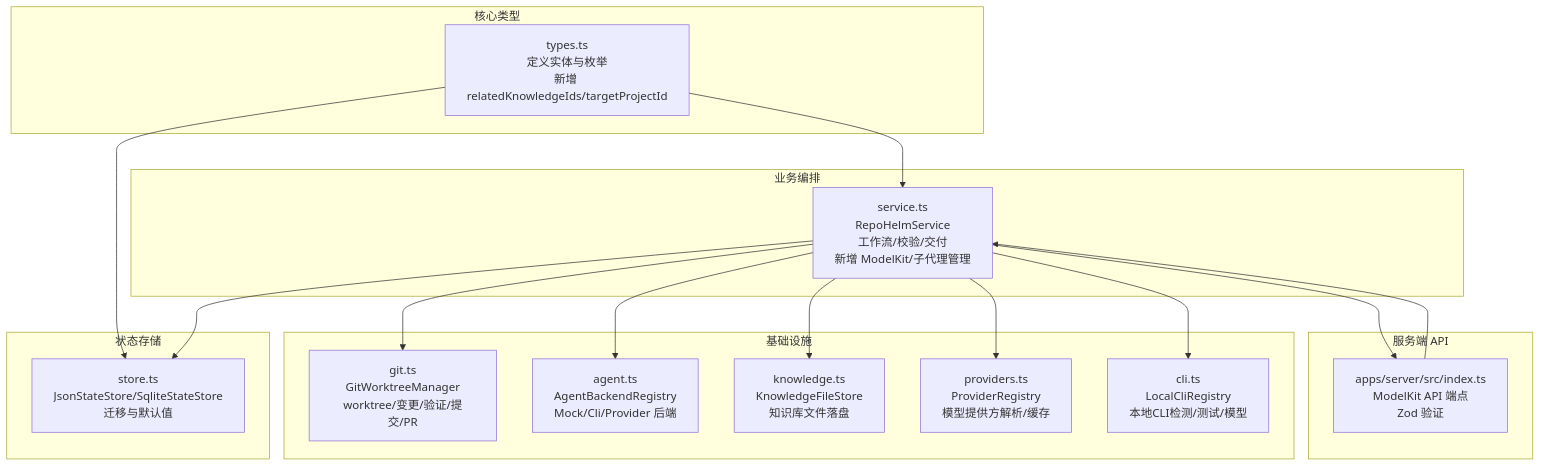
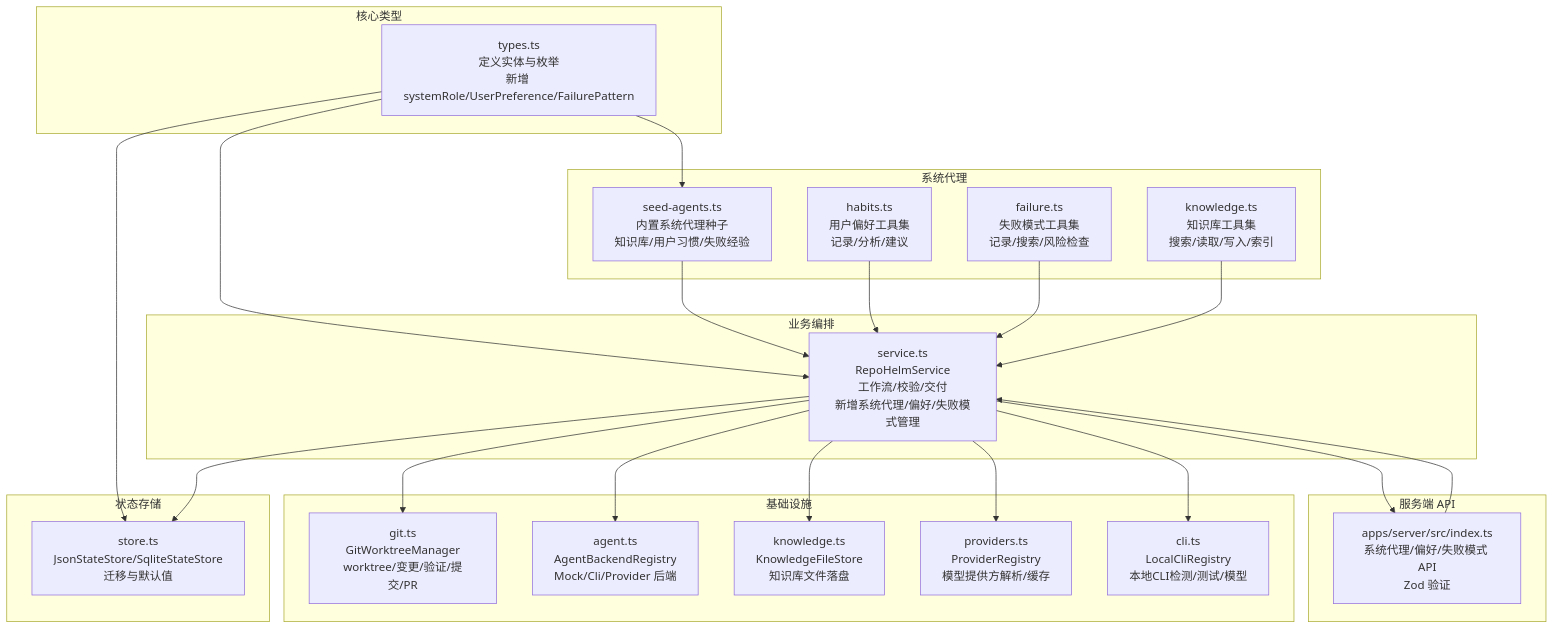
The first of 7 diagrams in .qoder/repowiki/zh/content/数据模型和类型系统/数据模型和类型系统.md (coconilu/RepoHelm), drawn with Mermaid before and after one commit. The commit also changed other lines of this file and 12 other files, not shown here.

First line of the commit message:
Add feature-quality workflow and system agents

````diff
--- a/.qoder/repowiki/zh/content/数据模型和类型系统/数据模型和类型系统.md
+++ b/.qoder/repowiki/zh/content/数据模型和类型系统/数据模型和类型系统.md
@@ -48,32 +58,43 @@
 ```mermaid
 graph TB
 subgraph "核心类型"
-T1["types.ts<br/>定义实体与枚举<br/>新增 relatedKnowledgeIds/targetProjectId"]
+T1["types.ts<br/>定义实体与枚举<br/>新增 systemRole/UserPreference/FailurePattern"]
 end
 subgraph "状态存储"
 S1["store.ts<br/>JsonStateStore/SqliteStateStore<br/>迁移与默认值"]
 end
 subgraph "业务编排"
-B1["service.ts<br/>RepoHelmService<br/>工作流/校验/交付<br/>新增 ModelKit/子代理管理"]
+B1["service.ts<br/>RepoHelmService<br/>工作流/校验/交付<br/>新增系统代理/偏好/失败模式管理"]
+end
+subgraph "系统代理"
+SA1["seed-agents.ts<br/>内置系统代理种子<br/>知识库/用户习惯/失败经验"]
+SA2["habits.ts<br/>用户偏好工具集<br/>记录/分析/建议"]
+SA3["failure.ts<br/>失败模式工具集<br/>记录/搜索/风险检查"]
+SA4["knowledge.ts<br/>知识库工具集<br/>搜索/读取/写入/索引"]
 end
 subgraph "基础设施"
 G1["git.ts<br/>GitWorktreeManager<br/>worktree/变更/验证/提交/PR"]
 A1["agent.ts<br/>AgentBackendRegistry<br/>Mock/Cli/Provider 后端"]
 K1["knowledge.ts<br/>KnowledgeFileStore<br/>知识库文件落盘"]
 P1["providers.ts<br/>ProviderRegistry<br/>模型提供方解析/缓存"]
 C1["cli.ts<br/>LocalCliRegistry<br/>本地CLI检测/测试/模型"]
 end
 subgraph "服务端 API"
-API["apps/server/src/index.ts<br/>ModelKit API 端点<br/>Zod 验证"]
+API["apps/server/src/index.ts<br/>系统代理/偏好/失败模式 API<br/>Zod 验证"]
 end
 T1 --> S1
 T1 --> B1
+T1 --> SA1
 B1 --> S1
 B1 --> G1
 B1 --> A1
 B1 --> K1
 B1 --> P1
 B1 --> C1
 B1 --> API
 API --> B1
+SA1 --> B1
+SA2 --> B1
+SA3 --> B1
+SA4 --> B1
 ```
````
